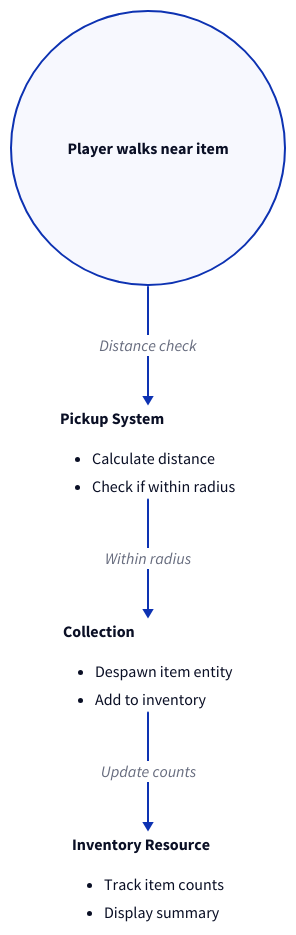
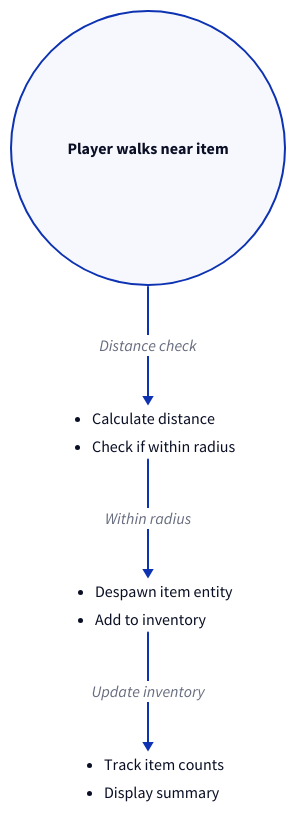
One commit to jamesfebin/Jekyll changed the first of 5 diagrams in _posts/2025-12-02-bevy-rust-game-development-chapter-5.markdown. Above: the diagram before and after it, drawn with D2. The commit also changed other lines of this file and 18 other files, not shown here.

````diff
--- a/_posts/2025-12-02-bevy-rust-game-development-chapter-5.markdown
+++ b/_posts/2025-12-02-bevy-rust-game-development-chapter-5.markdown
@@ -57,39 +47,36 @@
 ```d2
 direction: down
 
 Player: {
   shape: circle
   label: Player walks near item
 }
 
 Detection: {
   shape: rectangle
   label: |md
-    **Pickup System**
     - Calculate distance
     - Check if within radius
   |
 }
 
 Collection: {
   shape: rectangle
   label: |md
-    **Collection**
     - Despawn item entity
     - Add to inventory
   |
 }
 
 Storage: {
   shape: rectangle
   label: |md
-    **Inventory Resource**
     - Track item counts
     - Display summary
   |
 }
 
 Player -> Detection: "Distance check"
 Detection -> Collection: "Within radius"
-Collection -> Storage: "Update counts"
+Collection -> Storage: "Update inventory"
 ```
````
